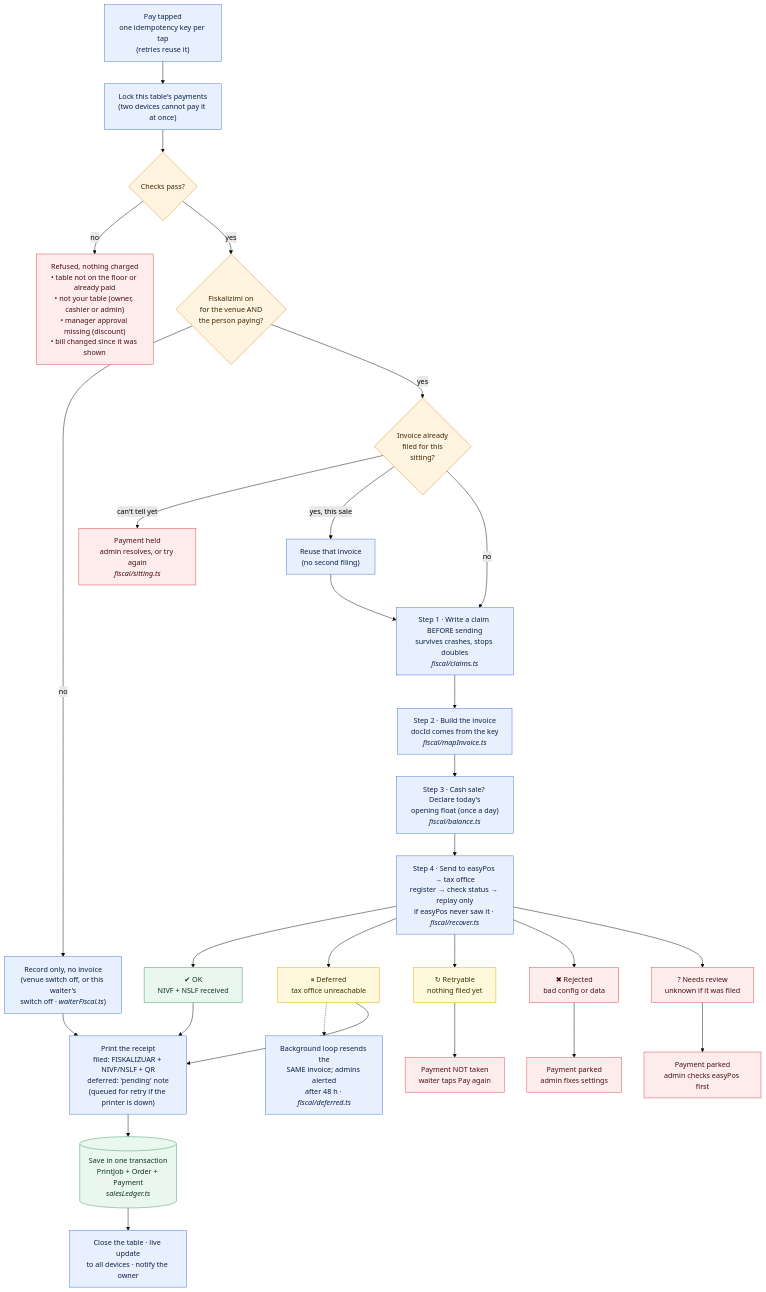
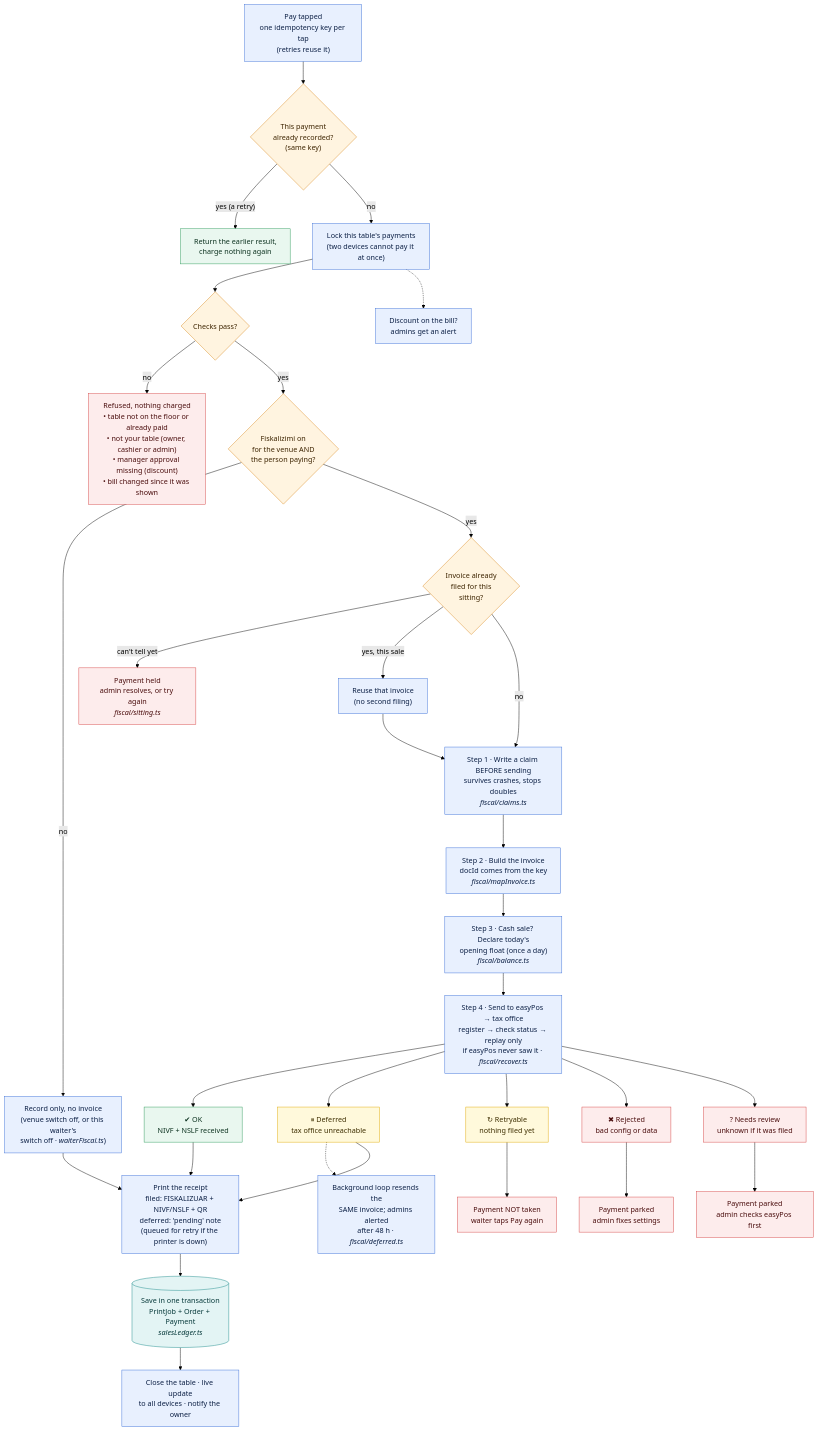
One commit to DidiG03/POS changed the diagram in docs/diagrams/03-payment-fiskalizimi.mmd. Above: the diagram before and after it, drawn with Mermaid (forest theme). The commit also changed 28 other files, not shown here.

First line of the commit message:
Diagrams: key & glossary page, one colour scheme, version stamps, fixes

```diff
--- a/docs/diagrams/03-payment-fiskalizimi.mmd
+++ b/docs/diagrams/03-payment-fiskalizimi.mmd
@@ -1,49 +1,57 @@
 ---
 config:
   layout: dagre
 ---
 %% 3. Payment and fiskalizimi: what happens when someone taps Pay.
 flowchart TB
-  P0["Pay tapped<br/>one idempotency key per tap<br/>(retries reuse it)"] --> P1["Lock this table's payments<br/>(two devices cannot pay it at once)"]
+  P0["Pay tapped<br/>one idempotency key per tap<br/>(retries reuse it)"] --> P00{"This payment<br/>already recorded?<br/>(same key)"}
+  P00 -- "yes (a retry)" --> X00["Return the earlier result,<br/>charge nothing again"]
+  P00 -- no --> P1["Lock this table's payments<br/>(two devices cannot pay it at once)"]
   P1 --> P2{"Checks pass?"}
+  P1 -.-> DA["Discount on the bill?<br/>admins get an alert"]
   P2 -- no --> X0["Refused, nothing charged<br/>• table not on the floor or already paid<br/>• not your table (owner, cashier or admin)<br/>• manager approval missing (discount)<br/>• bill changed since it was shown"]
   P2 -- yes --> Q1{"Fiskalizimi on<br/>for the venue AND<br/>the person paying?"}
 
   Q1 -- "no" --> R0["Record only, no invoice<br/>(venue switch off, or this waiter's<br/>switch off · <i>waiterFiscal.ts</i>)"]
   Q1 -- yes --> G1{"Invoice already<br/>filed for this<br/>sitting?"}
   G1 -- "can't tell yet" --> X1["Payment held<br/>admin resolves, or try again<br/><i>fiscal/sitting.ts</i>"]
   G1 -- "yes, this sale" --> G2["Reuse that invoice<br/>(no second filing)"]
   G1 -- no --> C1
   G2 --> C1
 
   C1["Step 1 · Write a claim BEFORE sending<br/>survives crashes, stops doubles<br/><i>fiscal/claims.ts</i>"] --> C2["Step 2 · Build the invoice<br/>docId comes from the key<br/><i>fiscal/mapInvoice.ts</i>"]
   C2 --> C3["Step 3 · Cash sale? Declare today's<br/>opening float (once a day)<br/><i>fiscal/balance.ts</i>"]
   C3 --> C4["Step 4 · Send to easyPos → tax office<br/>register → check status → replay only<br/>if easyPos never saw it · <i>fiscal/recover.ts</i>"]
 
   C4 --> O1["✔ OK<br/>NIVF + NSLF received"]
   C4 --> O2["⏸ Deferred<br/>tax office unreachable"]
   C4 --> O3["↻ Retryable<br/>nothing filed yet"]
   C4 --> O4["✖ Rejected<br/>bad config or data"]
   C4 --> O5["? Needs review<br/>unknown if it was filed"]
 
   O2 -.-> D1["Background loop resends the<br/>SAME invoice; admins alerted<br/>after 48 h · <i>fiscal/deferred.ts</i>"]
   O3 --> X2["Payment NOT taken<br/>waiter taps Pay again"]
   O4 --> X3["Payment parked<br/>admin fixes settings"]
   O5 --> X4["Payment parked<br/>admin checks easyPos first"]
 
   O1 --> F1
   O2 --> F1
   R0 --> F1
   F1["Print the receipt<br/>filed: FISKALIZUAR + NIVF/NSLF + QR<br/>deferred: 'pending' note<br/>(queued for retry if the printer is down)"] --> F2[("Save in one transaction<br/>PrintJob + Order + Payment<br/><i>salesLedger.ts</i>")]
   F2 --> F3["Close the table · live update<br/>to all devices · notify the owner"]
 
   classDef step fill:#e8f0fe,stroke:#3b6fd8,color:#0b1f44
-  classDef decide fill:#fff4e0,stroke:#d88a1d,color:#3d2400
+  classDef logic fill:#fff4e0,stroke:#d88a1d,color:#3d2400
+  classDef data fill:#e3f4f4,stroke:#178a8a,color:#06393a
   classDef good fill:#e9f7ef,stroke:#2e9b5b,color:#0d3320
   classDef warn fill:#fff9db,stroke:#e0a800,color:#3d2e00
   classDef bad fill:#fdecec,stroke:#d64545,color:#4a0d0d
-  class P0,P1,R0,G2,C1,C2,C3,C4,F1,F3,D1 step
-  class P2,Q1,G1 decide
-  class O1,F2 good
+  classDef ext fill:#f3e8fd,stroke:#8b4fd1,color:#2a0d4a
+  classDef device fill:#f1f3f5,stroke:#868e96,color:#212529
+  classDef note fill:#f8f9fa,stroke:#adb5bd,color:#343a40,stroke-dasharray:4 3
+  class P0,P1,DA,R0,G2,C1,C2,C3,C4,F1,F3,D1 step
+  class P00,P2,Q1,G1 logic
+  class O1,F2,X00 good
   class O2,O3 warn
   class O4,O5,X0,X1,X2,X3,X4 bad
+  class F2 data
```
